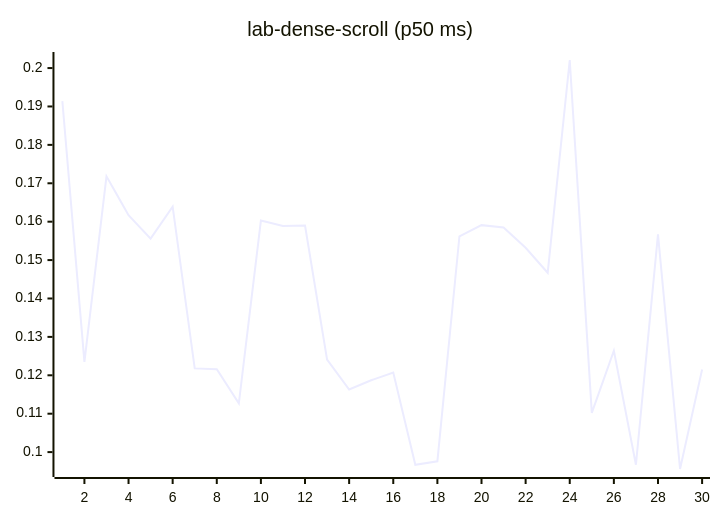
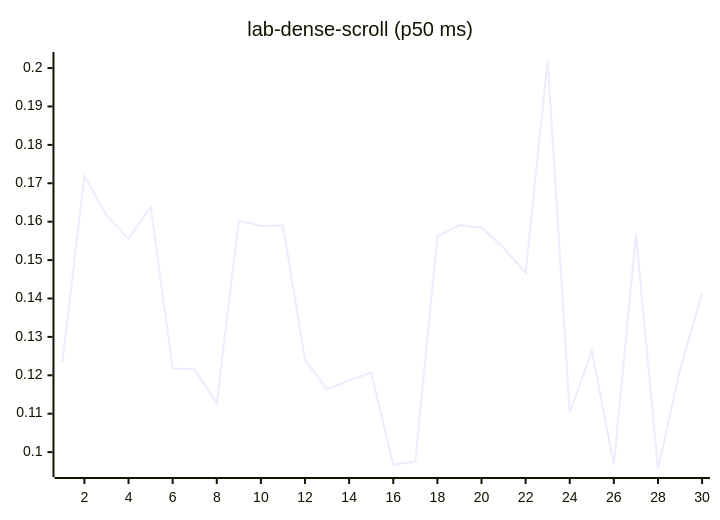
One commit to josha/Facet changed diagram 12 of 27 in README.md. Above: the diagram before and after it, drawn with Mermaid. The commit also changed other lines of this file and 2 other files, not shown here.

````diff
--- a/README.md
+++ b/README.md
@@ -140,6 +140,6 @@
 ```mermaid
 xychart-beta
     title "lab-dense-scroll (p50 ms)"
     x-axis 1 --> 30
-    line [0.1914, 0.1235, 0.1718, 0.1617, 0.1556, 0.1639, 0.1218, 0.1216, 0.1127, 0.1603, 0.1589, 0.1590, 0.1241, 0.1163, 0.1187, 0.1207, 0.0967, 0.0976, 0.1562, 0.1591, 0.1585, 0.1532, 0.1467, 0.2021, 0.1102, 0.1264, 0.0967, 0.1567, 0.0956, 0.1215]
+    line [0.1235, 0.1718, 0.1617, 0.1556, 0.1639, 0.1218, 0.1216, 0.1127, 0.1603, 0.1589, 0.1590, 0.1241, 0.1163, 0.1187, 0.1207, 0.0967, 0.0976, 0.1562, 0.1591, 0.1585, 0.1532, 0.1467, 0.2021, 0.1102, 0.1264, 0.0967, 0.1567, 0.0956, 0.1215, 0.1414]
 ```
````
